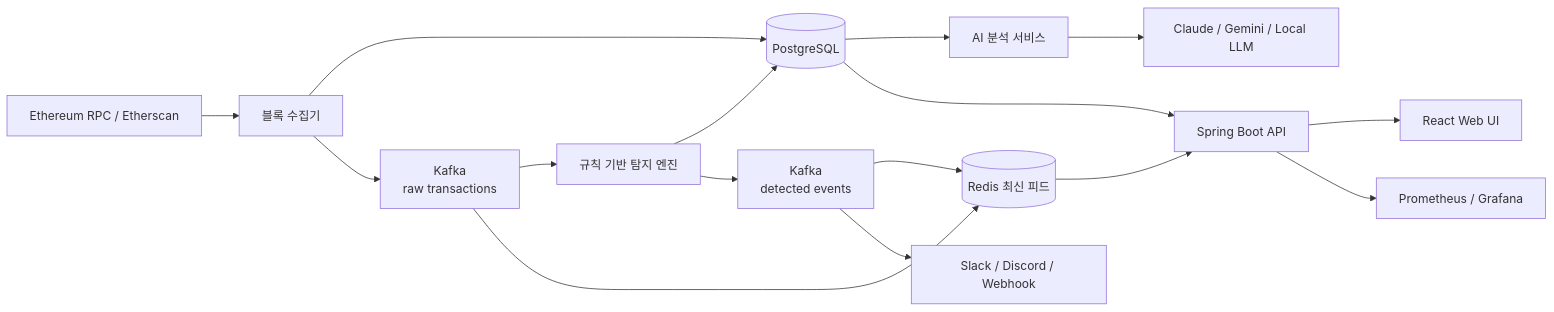
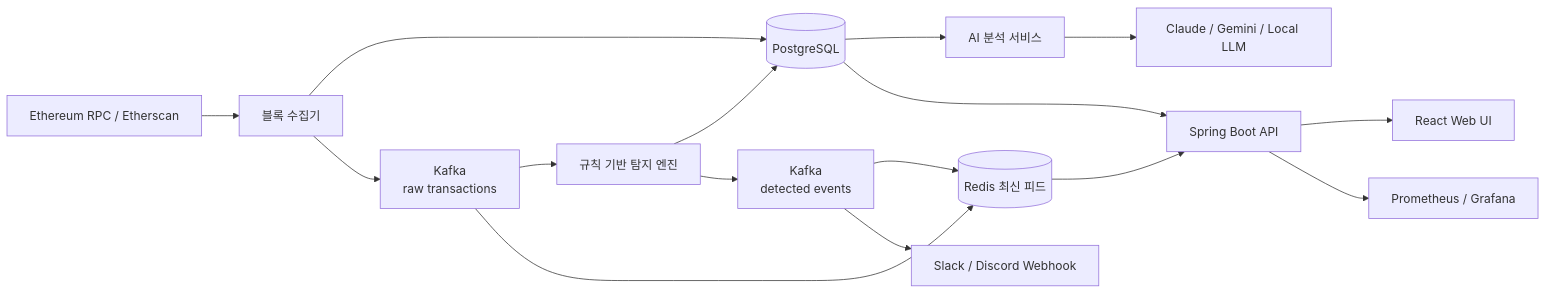
One commit to bitofsyn/ChainWatch changed the diagram in README.md. Above: the diagram before and after it, drawn with Mermaid. The commit also changed other lines of this file, not shown here.

````diff
--- a/README.md
+++ b/README.md
@@ -26,18 +40,18 @@
 ```mermaid
 flowchart LR
     A[Ethereum RPC / Etherscan] --> B[블록 수집기]
     B --> C[(PostgreSQL)]
     B --> D[Kafka<br/>raw transactions]
     D --> E[규칙 기반 탐지 엔진]
     E --> C
     E --> F[Kafka<br/>detected events]
     D --> G[(Redis 최신 피드)]
     F --> G
-    F --> H[Slack / Discord / Webhook]
+    F --> H[Slack / Discord Webhook]
     C --> I[AI 분석 서비스]
     I --> J[Claude / Gemini / Local LLM]
     C --> K[Spring Boot API]
     G --> K
     K --> L[React Web UI]
     K --> M[Prometheus / Grafana]
 ```
````
